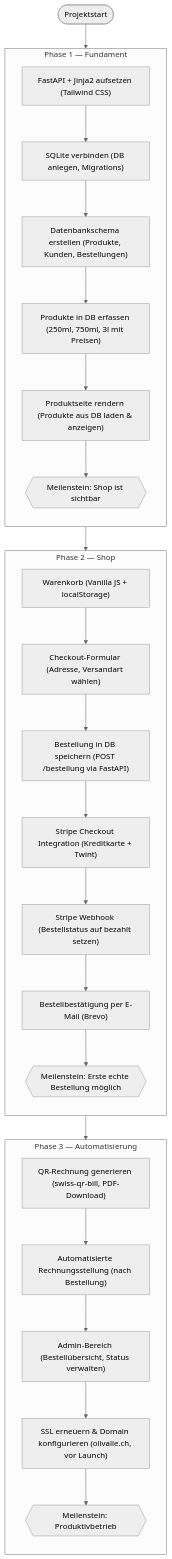
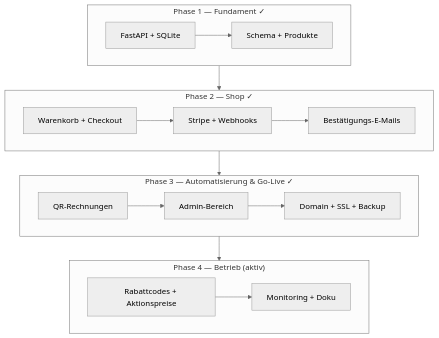
The diagram in docs/projekt-status.md (konstantinniedermann/olivalle-webshop), drawn with Mermaid (neutral theme) before and after one commit. The commit also changed other lines of this file, not shown here.

Commit message:
docs: roadmap zu Projekt-Status & Historie umbauen (Phasen abgeschlossen)

````diff
--- a/docs/projekt-status.md
+++ b/docs/projekt-status.md
@@ -5,43 +9,16 @@
 ```mermaid
 graph TD
-    START(["Projektstart"]) --> P1
-
-    subgraph P1["Phase 1 — Fundament"]
-        direction TB
-        p1a["FastAPI + Jinja2 aufsetzen (Tailwind CSS)"]
-        p1b["SQLite verbinden (DB anlegen, Migrations)"]
-        p1c["Datenbankschema erstellen (Produkte, Kunden, Bestellungen)"]
-        p1d["Produkte in DB erfassen (250ml, 750ml, 3l mit Preisen)"]
-        p1e["Produktseite rendern (Produkte aus DB laden & anzeigen)"]
-        M1{{"Meilenstein: Shop ist sichtbar"}}
-
-        p1a --> p1b --> p1c --> p1d --> p1e --> M1
+    subgraph P1["Phase 1 — Fundament ✓"]
+        A1["FastAPI + SQLite"] --> A2["Schema + Produkte"]
     end
-
-    subgraph P2["Phase 2 — Shop"]
-        direction TB
-        p2a["Warenkorb (Vanilla JS + localStorage)"]
-        p2b["Checkout-Formular (Adresse, Versandart wählen)"]
-        p2c["Bestellung in DB speichern (POST /bestellung via FastAPI)"]
-        p2d["Stripe Checkout Integration (Kreditkarte + Twint)"]
-        p2e["Stripe Webhook (Bestellstatus auf bezahlt setzen)"]
-        p2f["Bestellbestätigung per E-Mail (Brevo)"]
-        M2{{"Meilenstein: Erste echte Bestellung möglich"}}
-
-        p2a --> p2b --> p2c --> p2d --> p2e --> p2f --> M2
+    subgraph P2["Phase 2 — Shop ✓"]
+        B1["Warenkorb + Checkout"] --> B2["Stripe + Webhooks"] --> B3["Bestätigungs-E-Mails"]
     end
-
-    subgraph P3["Phase 3 — Automatisierung"]
-        direction TB
-        p3a["QR-Rechnung generieren (swiss-qr-bill, PDF-Download)"]
-        p3b["Automatisierte Rechnungsstellung (nach Bestellung)"]
-        p3c["Admin-Bereich (Bestellübersicht, Status verwalten)"]
-        p3d["SSL erneuern & Domain konfigurieren (olivalle.ch, vor Launch)"]
-        M3{{"Meilenstein: Produktivbetrieb"}}
-
-        p3a --> p3b --> p3c --> p3d --> M3
+    subgraph P3["Phase 3 — Automatisierung & Go-Live ✓"]
+        C1["QR-Rechnungen"] --> C2["Admin-Bereich"] --> C3["Domain + SSL + Backup"]
     end
-
-    M1 --> P2
-    M2 --> P3
+    subgraph P4["Phase 4 — Betrieb (aktiv)"]
+        D1["Rabattcodes + Aktionspreise"] --> D2["Monitoring + Doku"]
+    end
+    P1 --> P2 --> P3 --> P4
 ```
````
